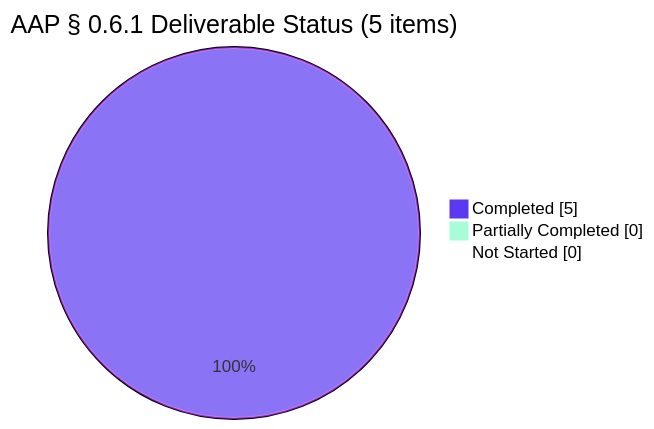
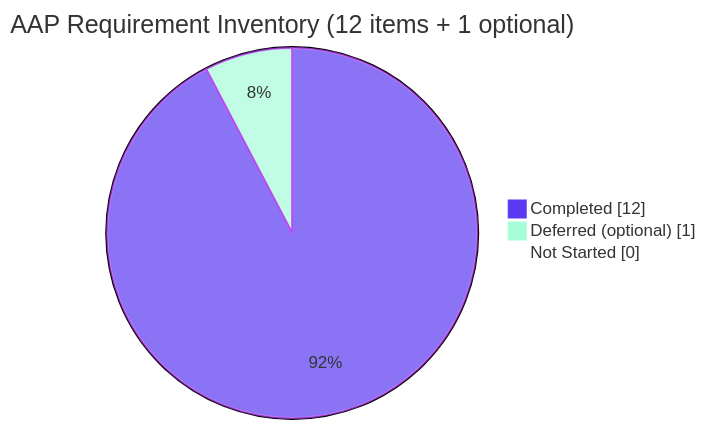
One commit to shaliniblitzy/Check11May changed the fourth of 4 diagrams in blitzy/documentation/Project Guide.md. Above: the diagram before and after it, drawn with Mermaid. The commit also changed other lines of this file, not shown here.

Commit message:
Adding Blitzy Project Guide: Project Status and Human Tasks Remaining

````diff
--- a/blitzy/documentation/Project Guide.md
+++ b/blitzy/documentation/Project Guide.md
@@ -279,7 +240,7 @@
 ```mermaid
-%%{init: {"themeVariables": {"pie1": "#5B39F3", "pie2": "#A8FDD9", "pie3": "#FFFFFF", "pieStrokeColor": "#B23AF2"}}}%%
-pie showData title AAP § 0.6.1 Deliverable Status (5 items)
-    "Completed" : 5
-    "Partially Completed" : 0
+%%{init: {'theme':'base', 'themeVariables': {'pie1': '#5B39F3', 'pie2': '#A8FDD9', 'pie3': '#FFFFFF', 'pieStrokeColor': '#B23AF2', 'pieStrokeWidth': '2px'}}}%%
+pie showData title AAP Requirement Inventory (12 items + 1 optional)
+    "Completed" : 12
+    "Deferred (optional)" : 1
     "Not Started" : 0
 ```
````
